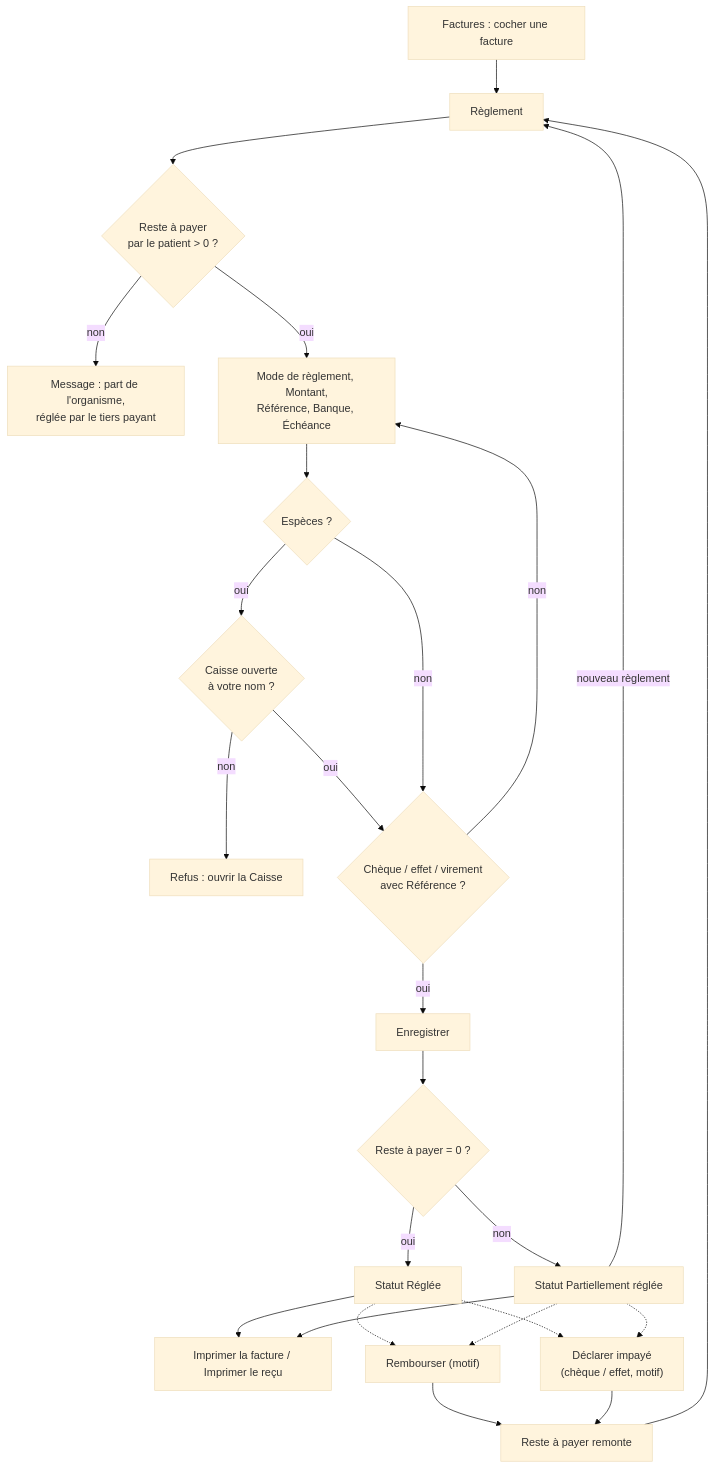
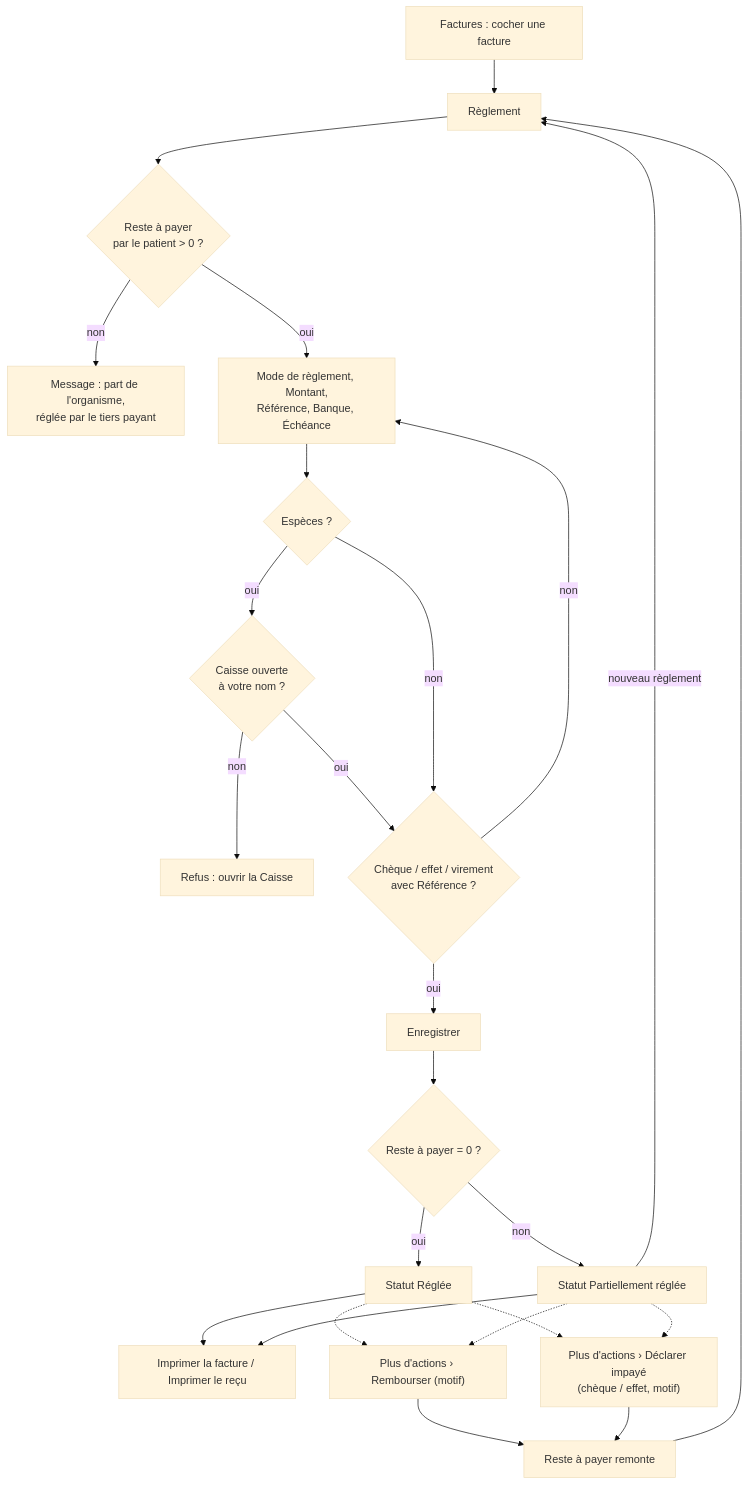
The third of 9 diagrams in docs/manuel/04-facturation.md (J4dJad/MarocLis), drawn with Mermaid (base theme) before and after one commit. The commit also changed other lines of this file and 5 other files, not shown here.

````diff
--- a/docs/manuel/04-facturation.md
+++ b/docs/manuel/04-facturation.md
@@ -273,26 +343,26 @@
 ```mermaid
 flowchart TD
     A["Factures : cocher une facture"] --> B["Règlement"]
     B --> C{"Reste à payer<br/>par le patient > 0 ?"}
     C -->|non| X1["Message : part de l'organisme,<br/>réglée par le tiers payant"]
     C -->|oui| D["Mode de règlement, Montant,<br/>Référence, Banque, Échéance"]
     D --> E{"Espèces ?"}
     E -->|oui| F{"Caisse ouverte<br/>à votre nom ?"}
     F -->|non| X2["Refus : ouvrir la Caisse"]
     F -->|oui| G
     E -->|non| G{"Chèque / effet / virement<br/>avec Référence ?"}
     G -->|non| D
     G -->|oui| H["Enregistrer"]
     H --> I{"Reste à payer = 0 ?"}
     I -->|oui| J["Statut Réglée"]
     I -->|non| K["Statut Partiellement réglée"] -->|"nouveau règlement"| B
     J --> P["Imprimer la facture / Imprimer le reçu"]
     K --> P
-    J -.-> R["Rembourser (motif)"]
+    J -.-> R["Plus d'actions › Rembourser (motif)"]
     K -.-> R
-    J -.-> S["Déclarer impayé<br/>(chèque / effet, motif)"]
+    J -.-> S["Plus d'actions › Déclarer impayé<br/>(chèque / effet, motif)"]
     K -.-> S
     R --> K2["Reste à payer remonte"]
     S --> K2
     K2 --> B
 ```
````
